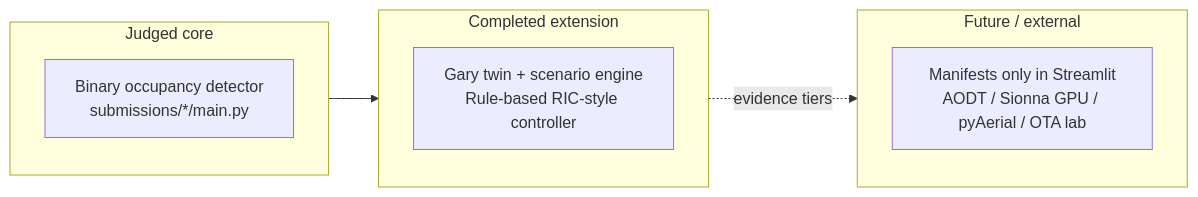
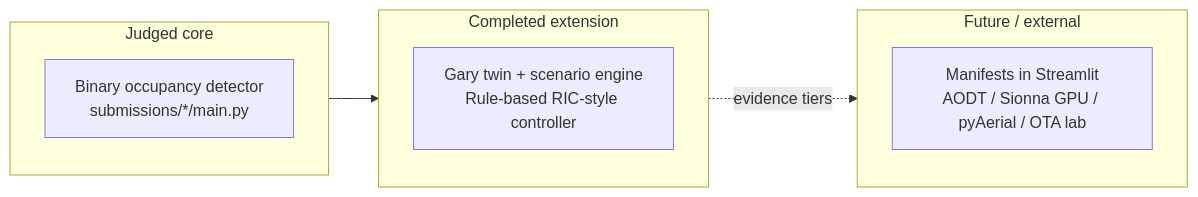
One commit to gunnchOS3k/spectrumx-ai-ran-gary changed the diagram in docs/uml/README.md. Above: the diagram before and after it, drawn with Mermaid. The commit also changed other lines of this file and 65 other files, not shown here.

First line of the commit message:
docs(uml): GitHub-visible architecture pack with SVG and index structure

````diff
--- a/docs/uml/README.md
+++ b/docs/uml/README.md
@@ -88,14 +75,14 @@
 ```mermaid
 flowchart LR
   subgraph judged["Judged core"]
     J[Binary occupancy detector\nsubmissions/*/main.py]
   end
   subgraph ext["Completed extension"]
     E[Gary twin + scenario engine\nRule-based RIC-style controller]
   end
   subgraph fut["Future / external"]
-    F[Manifests only in Streamlit\nAODT / Sionna GPU / pyAerial / OTA lab]
+    F[Manifests in Streamlit\nAODT / Sionna GPU / pyAerial / OTA lab]
   end
   judged --> ext
   ext -.->|evidence tiers| fut
 ```
````
